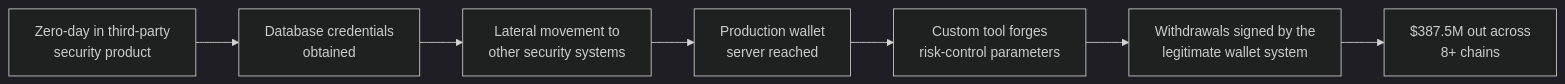
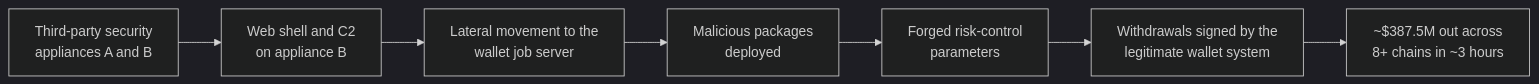
One commit to rya-sge/access-denied changed the third of 4 diagrams in _posts/2026-10-06-crypto-hacks-september-2026.md. Above: the diagram before and after it, drawn with Mermaid (dark theme). The commit also changed other lines of this file, not shown here.

````diff
--- a/_posts/2026-10-06-crypto-hacks-september-2026.md
+++ b/_posts/2026-10-06-crypto-hacks-september-2026.md
@@ -128,9 +135,9 @@
 ```mermaid
 flowchart LR
-    A[Zero-day in third-party<br/>security product] --> B[Database credentials<br/>obtained]
-    B --> C[Lateral movement to<br/>other security systems]
-    C --> D[Production wallet<br/>server reached]
-    D --> E[Custom tool forges<br/>risk-control parameters]
+    A[Third-party security<br/>appliances A and B] --> B[Web shell and C2<br/>on appliance B]
+    B --> C[Lateral movement to the<br/>wallet job server]
+    C --> D[Malicious packages<br/>deployed]
+    D --> E[Forged risk-control<br/>parameters]
     E --> F[Withdrawals signed by the<br/>legitimate wallet system]
-    F --> G[$387.5M out across<br/>8+ chains]
+    F --> G[~$387.5M out across<br/>8+ chains in ~3 hours]
 ```
````
